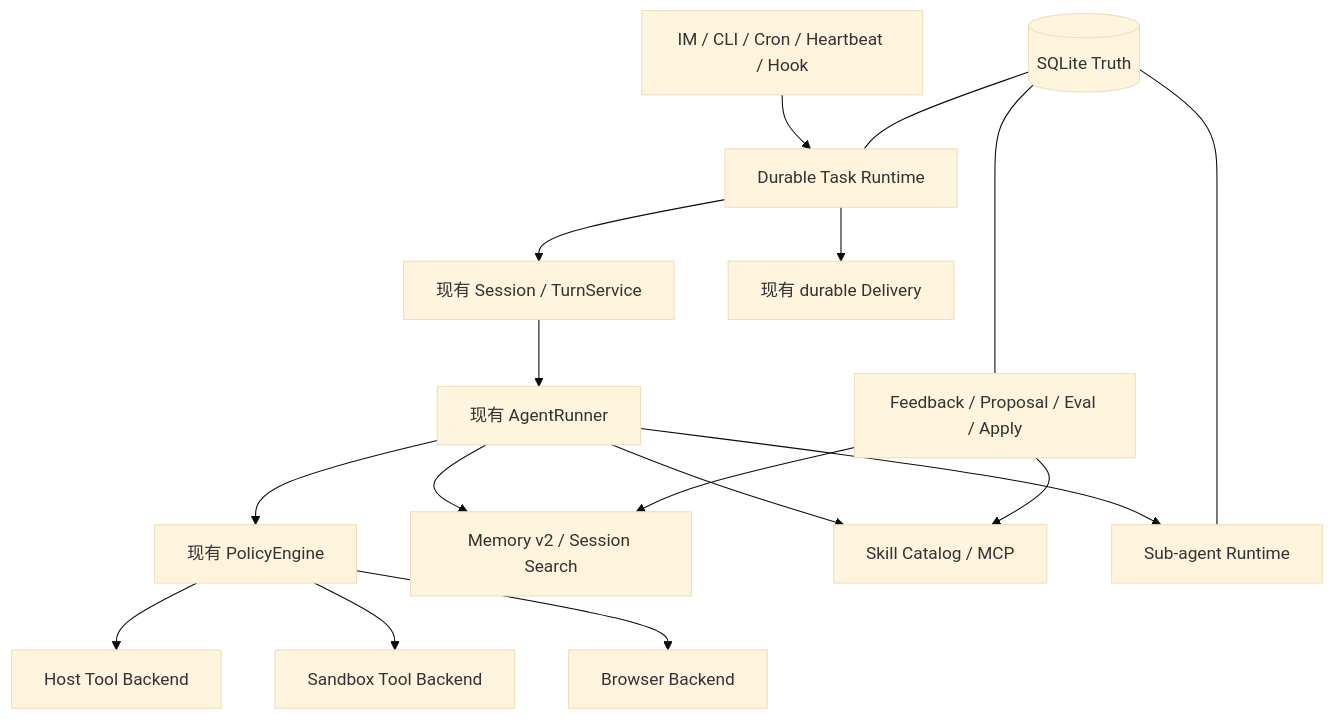
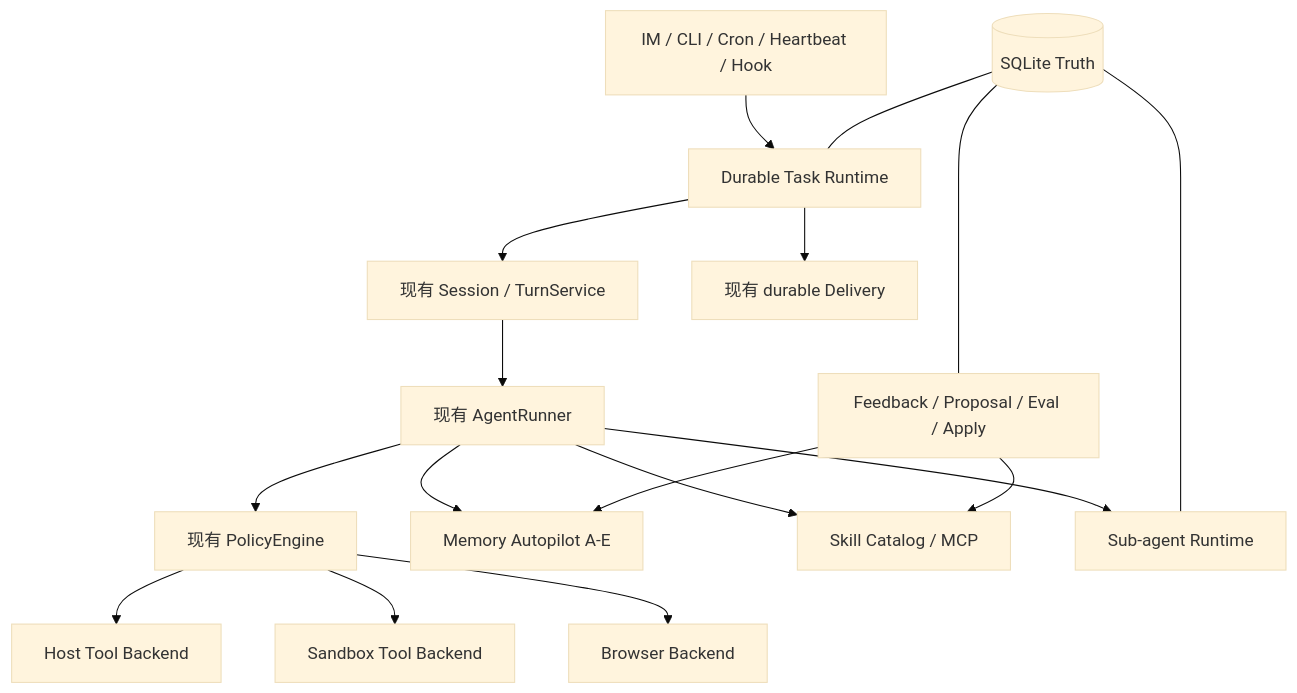
The second of 9 diagrams in docs/engineering/openclaw-hermes-alignment-engineering-roadmap.md (NEDONION/lobster0), drawn with Mermaid (base theme) before and after one commit. The commit also changed other lines of this file and 44 other files, not shown here.

````diff
--- a/docs/engineering/openclaw-hermes-alignment-engineering-roadmap.md
+++ b/docs/engineering/openclaw-hermes-alignment-engineering-roadmap.md
@@ -38,19 +39,19 @@
 ```mermaid
 flowchart TB
     TRIGGERS["IM / CLI / Cron / Heartbeat / Hook"] --> TASKS["Durable Task Runtime"]
     TASKS --> SESSION["现有 Session / TurnService"]
     SESSION --> AGENT["现有 AgentRunner"]
     AGENT --> POLICY["现有 PolicyEngine"]
     POLICY --> HOST["Host Tool Backend"]
     POLICY --> SANDBOX["Sandbox Tool Backend"]
     POLICY --> BROWSER["Browser Backend"]
-    AGENT --> MEMORY["Memory v2 / Session Search"]
+    AGENT --> MEMORY["Memory Autopilot A-E"]
     AGENT --> SKILLS["Skill Catalog / MCP"]
     AGENT --> CHILDREN["Sub-agent Runtime"]
     TASKS --> DELIVERY["现有 durable Delivery"]
     EVOLUTION["Feedback / Proposal / Eval / Apply"] --> MEMORY
     EVOLUTION --> SKILLS
     SQLITE[("SQLite Truth")] --- TASKS
     SQLITE --- EVOLUTION
     SQLITE --- CHILDREN
 ```
````
